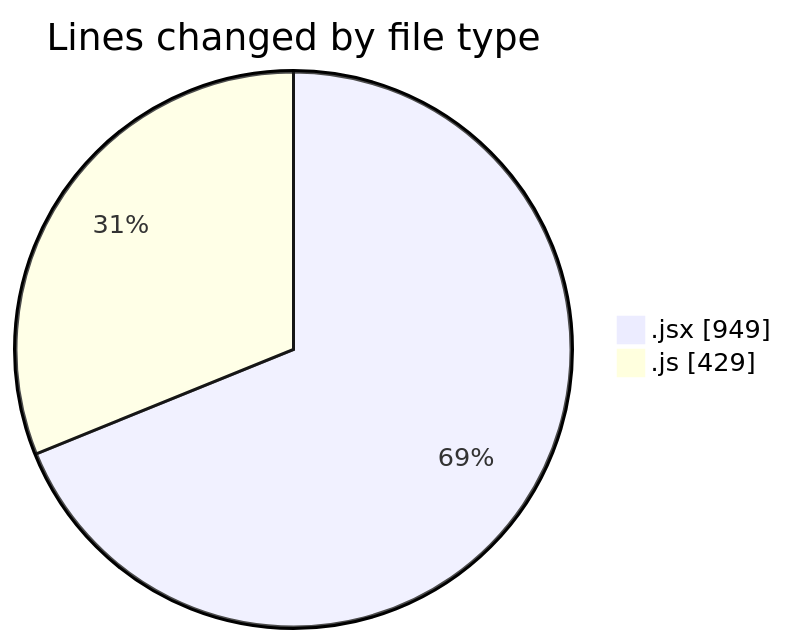
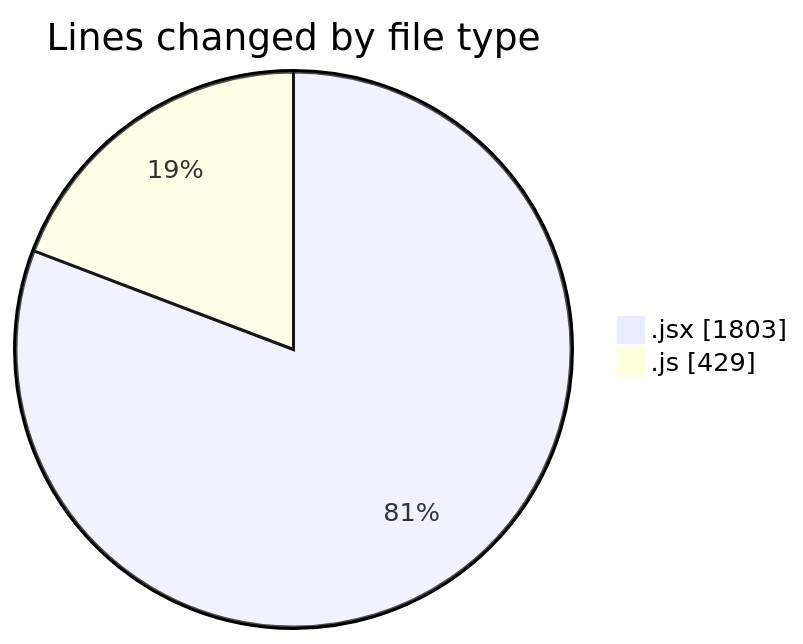
One commit to nxtqubesakshisongat/code-tracking changed the first of 2 diagrams in 2025-06-03/nxtqube_webapp/README.md. Above: the diagram before and after it, drawn with Mermaid. The commit also changed other lines of this file and 1 other file, not shown here.

````diff
--- a/2025-06-03/nxtqube_webapp/README.md
+++ b/2025-06-03/nxtqube_webapp/README.md
@@ -21,6 +21,6 @@
 ```mermaid
 pie showData
 title Lines changed by file type
-".jsx" : 949
+".jsx" : 1803
 ".js" : 429
 ```
````
